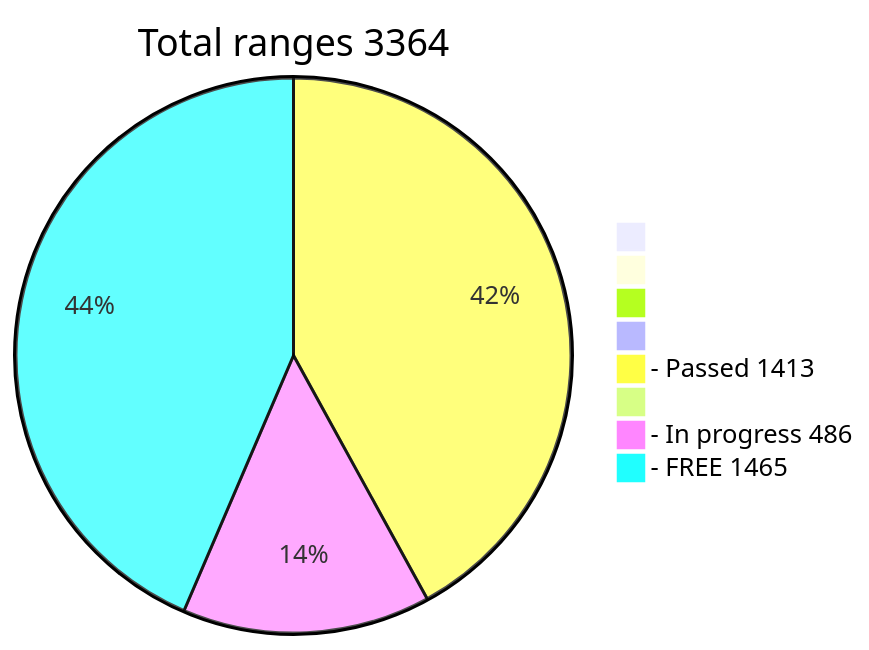
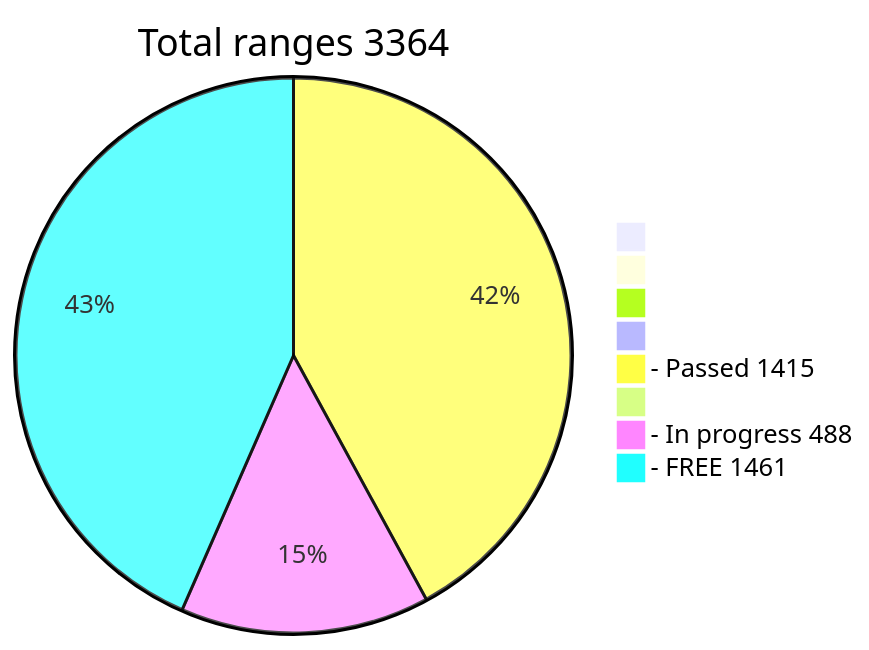
The diagram in README.md (phrutis/wif500), drawn with Mermaid before and after one commit.

````diff
--- a/README.md
+++ b/README.md
@@ -16,12 +16,12 @@
 ```mermaid
 pie title Total ranges 3364
              " " : 0
             "  " : 0
            "   " : 0
           "    " : 0
-  "- Passed 1413" : 1413
+  "- Passed 1415" : 1415
          "     " : 0
-  "- In progress 486" : 486
-   "- FREE 1465" : 1465
+  "- In progress 488" : 488
+   "- FREE 1461" : 1461
    
 ```
````
